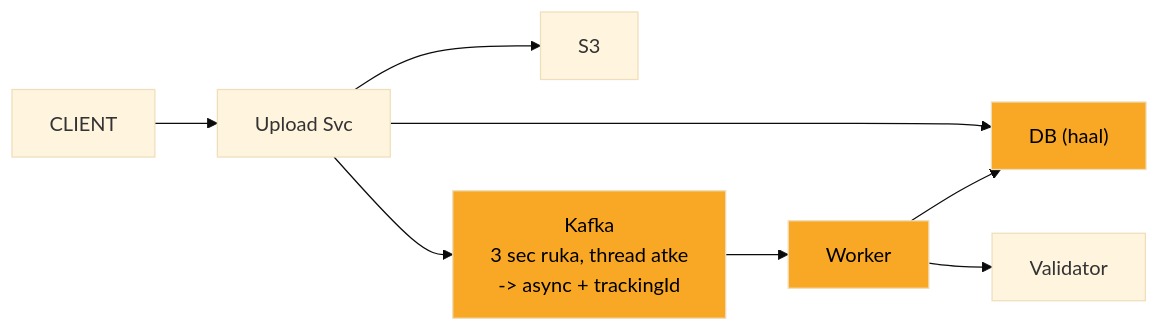
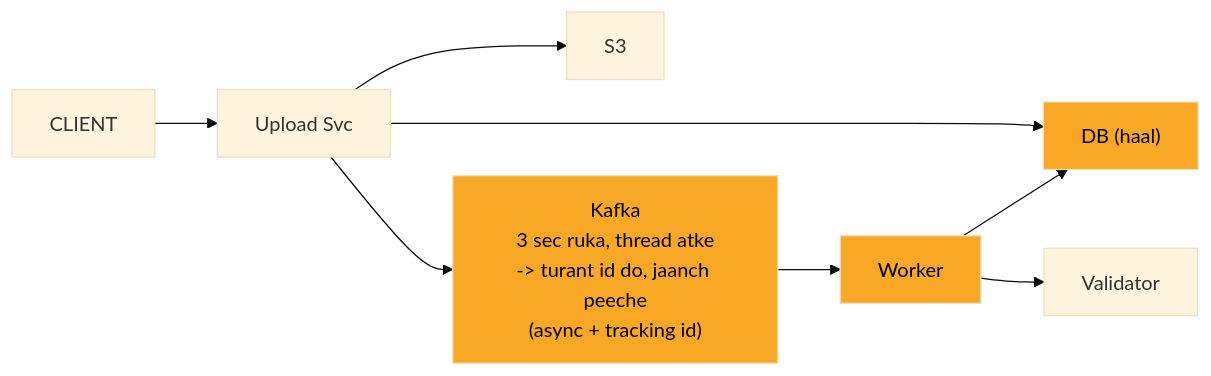
Before and after one commit to ArpanMaheshwari144/Prep: the second of 11 diagrams in 04_HLD/SYSTEM_DESIGNS/07_file_upload_validate_system/07_file_upload_INTERVIEW.md, drawn with Mermaid (base theme). The commit also changed other lines of this file and 13 other files, not shown here.

````diff
--- a/04_HLD/SYSTEM_DESIGNS/07_file_upload_validate_system/07_file_upload_INTERVIEW.md
+++ b/04_HLD/SYSTEM_DESIGNS/07_file_upload_validate_system/07_file_upload_INTERVIEW.md
@@ -83,20 +83,20 @@
 ```mermaid
 flowchart LR
     n_CLIENT["CLIENT"]
     n_Upload_Svc["Upload Svc"]
     n_DB["DB (haal)"]
     n_S3["S3"]
-    n_Kafka["Kafka<br/>3 sec ruka, thread atke<br/>-> async + trackingId"]
+    n_Kafka["Kafka<br/>3 sec ruka, thread atke<br/>-> turant id do, jaanch peeche<br/>(async + tracking id)"]
     n_Worker["Worker"]
     n_Validator["Validator"]
     n_CLIENT --> n_Upload_Svc
     n_Upload_Svc --> n_DB
     n_Upload_Svc --> n_S3
     n_Upload_Svc --> n_Kafka
     n_Kafka --> n_Worker
     n_Worker --> n_Validator
     n_Worker --> n_DB
     style n_Kafka fill:#f9a825,color:#000
     style n_Worker fill:#f9a825,color:#000
     style n_DB fill:#f9a825,color:#000
 ```
````
